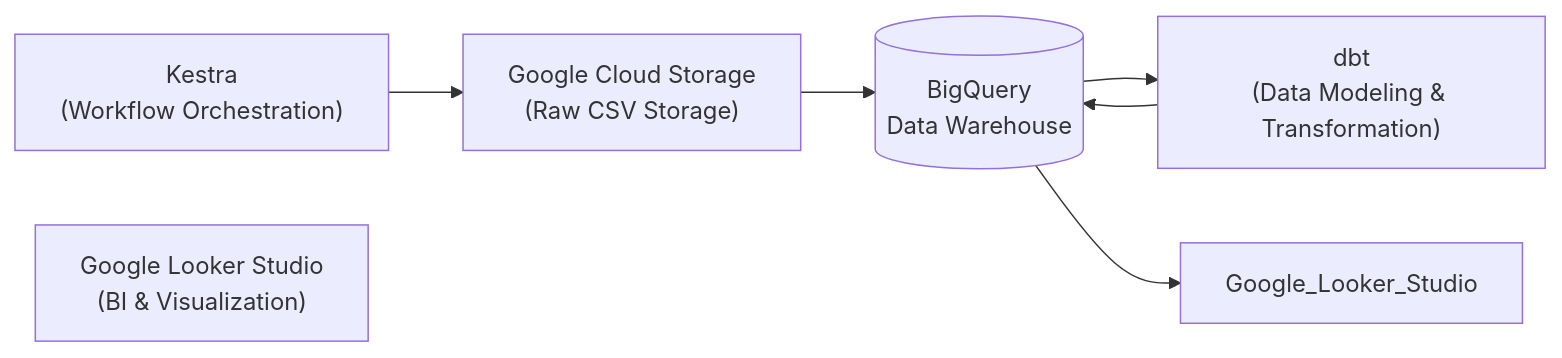
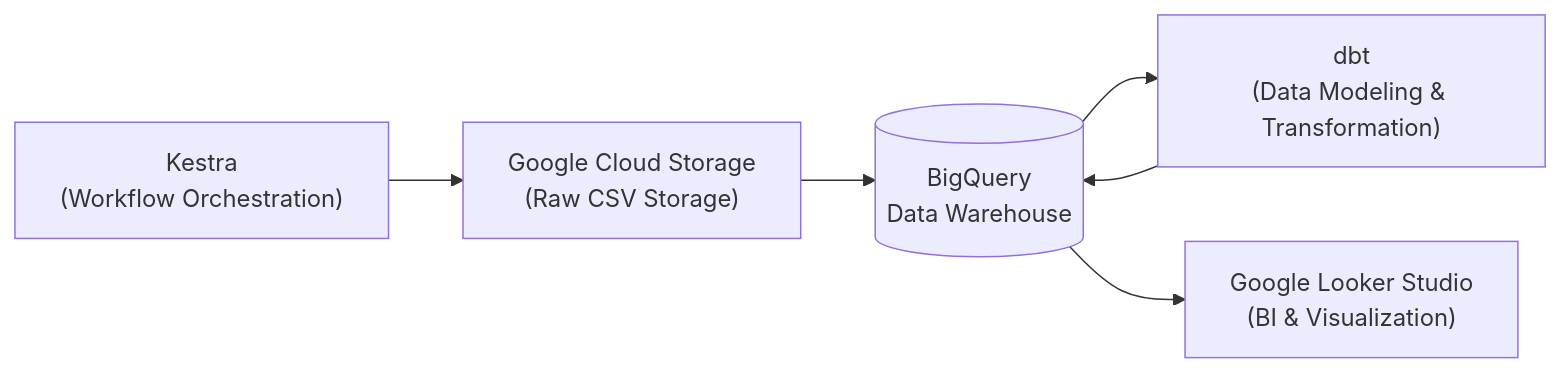
The diagram in README.md (brisson0916/chicago_bikeshare_pipeline), drawn with Mermaid before and after one commit. The commit also changed other lines of this file, not shown here.

Commit message:
fix readme.md 2

````diff
--- a/README.md
+++ b/README.md
@@ -19,14 +18,14 @@
 ```mermaid
 flowchart LR
   Kestra["Kestra<br/>(Workflow Orchestration)"]
   GCS["Google Cloud Storage<br/>(Raw CSV Storage)"]
   BigQuery[(BigQuery<br/>Data Warehouse)]
   DBT["dbt<br/>(Data Modeling & Transformation)"]
   Looker["Google Looker Studio<br/>(BI & Visualization)"]
 
   Kestra --> GCS
   GCS --> BigQuery
   BigQuery --> DBT
   DBT --> BigQuery
-  BigQuery --> Google_Looker_Studio
+  BigQuery --> Looker
 ```
````
